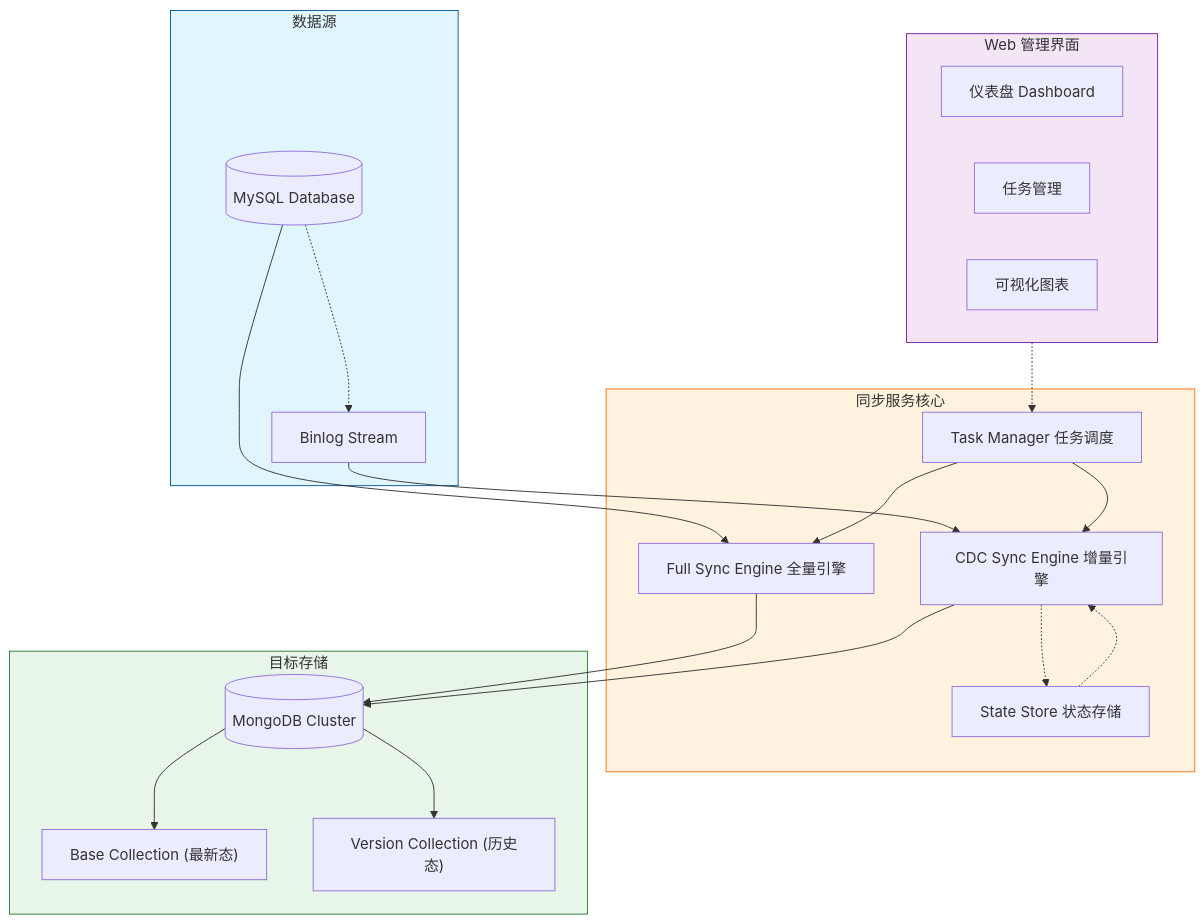
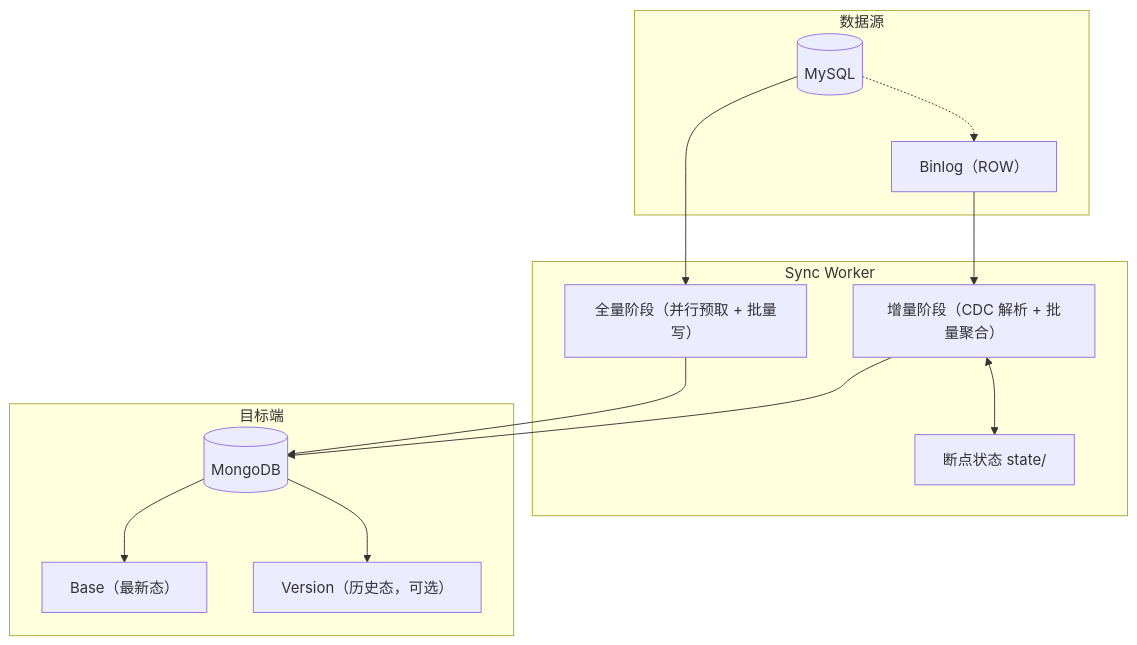
Before and after one commit to newsmallsprout/mysql_to_mongo: the second of 4 diagrams in README.md, drawn with Mermaid. The commit also changed other lines of this file and 11 other files, not shown here.

````diff
--- a/README.md
+++ b/README.md
@@ -21,49 +49,25 @@
 ```mermaid
 graph TB
-    subgraph Source ["数据源"]
-        MySQL[("MySQL Database")]
-        Binlog["Binlog Stream"]
-    end
+  subgraph Source["数据源"]
+    MySQL[("MySQL")]
+    Binlog["Binlog（ROW）"]
+  end
 
-    subgraph SyncService ["同步服务核心"]
-        TM["Task Manager 任务调度"]
-        FullSync["Full Sync Engine 全量引擎"]
-        IncSync["CDC Sync Engine 增量引擎"]
-        StateStore["State Store 状态存储"]
-    end
+  subgraph Sync["Sync Worker"]
+    Full["全量阶段（并行预取 + 批量写）"]
+    CDC["增量阶段（CDC 解析 + 批量聚合）"]
+    State["断点状态 state/"]
+  end
 
-    subgraph WebUI ["Web 管理界面"]
-        Dashboard["仪表盘 Dashboard"]
-        TaskMgr["任务管理"]
-        Visual["可视化图表"]
-    end
+  subgraph Target["目标端"]
+    Mongo[("MongoDB")]
+    Base["Base（最新态）"]
+    Ver["Version（历史态，可选）"]
+  end
 
-    subgraph Destination ["目标存储"]
-        Mongo[("MongoDB Cluster")]
-        BaseColl["Base Collection (最新态)"]
-        HistColl["Version Collection (历史态)"]
-    end
-
-    MySQL --> FullSync
-    MySQL -.-> Binlog
-    Binlog --> IncSync
-    
-    TM --> FullSync
-    TM --> IncSync
-    
-    FullSync --> Mongo
-    IncSync --> Mongo
-    
-    IncSync -.-> StateStore
-    StateStore -.-> IncSync
-    
-    Mongo --> BaseColl
-    Mongo --> HistColl
-
-    WebUI -.-> TM
-
-    style Source fill:#e1f5fe,stroke:#01579b
-    style SyncService fill:#fff3e0,stroke:#ff6f00
-    style Destination fill:#e8f5e9,stroke:#2e7d32
-    style WebUI fill:#f3e5f5,stroke:#7b1fa2
+  MySQL --> Full --> Mongo
+  MySQL -.-> Binlog --> CDC --> Mongo
+  CDC <--> State
+  Mongo --> Base
+  Mongo --> Ver
 ```
````
